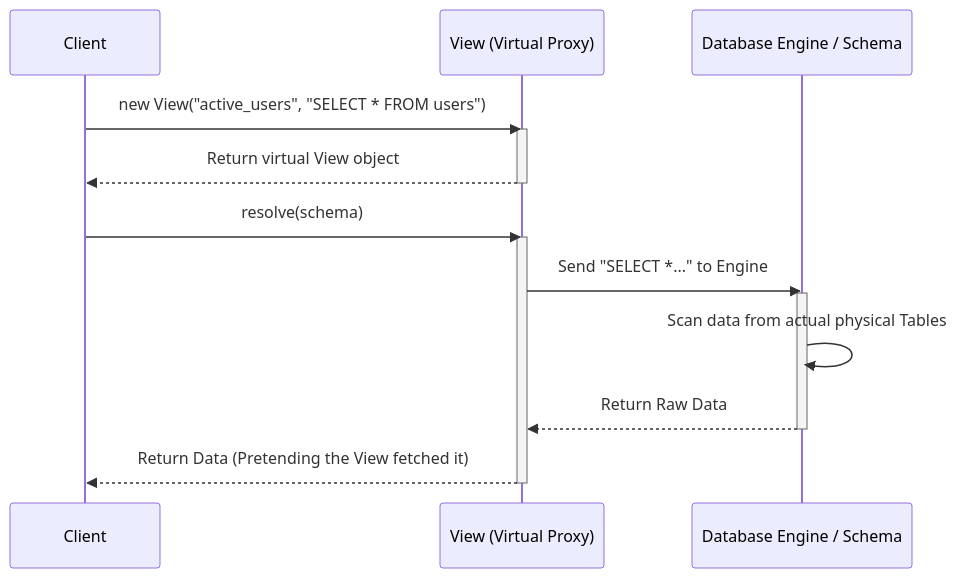
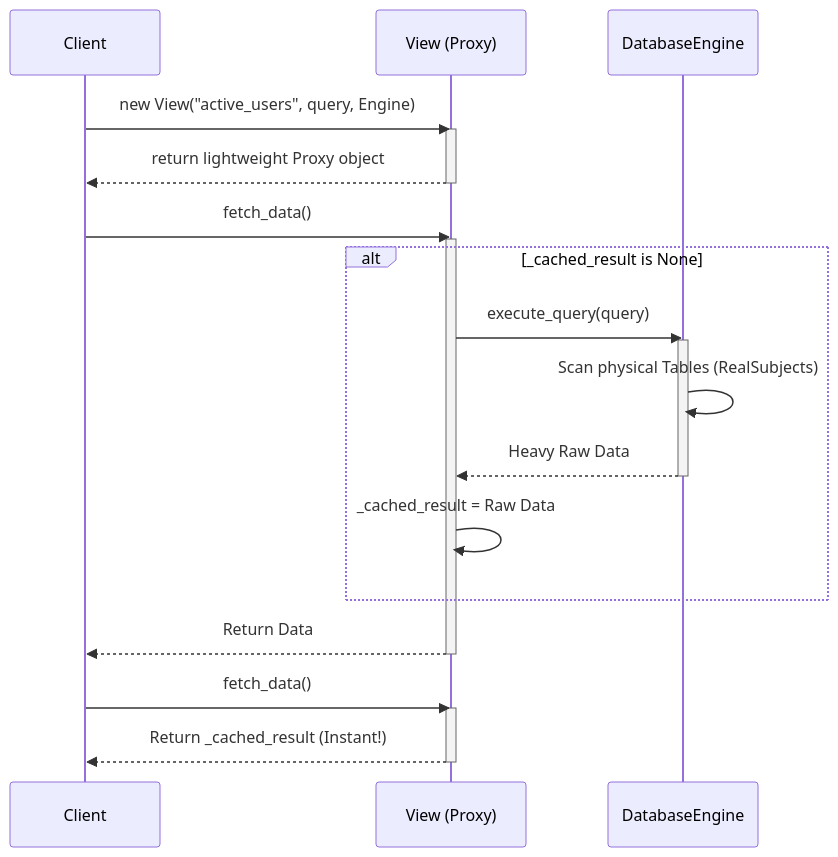
Diagram 24 of 30 in docs/readme.md (Ricky13170/bbv_DBMS), drawn with Mermaid before and after one commit. The commit also changed other lines of this file, not shown here.

````diff
--- a/docs/readme.md
+++ b/docs/readme.md
@@ -1147,24 +1299,32 @@
 ```mermaid
 sequenceDiagram
     participant Client
-    participant Vw as View (Virtual Proxy)
-    participant Engine as Database Engine / Schema
+    participant Vw as View (Proxy)
+    participant Engine as DatabaseEngine
     
-    %% Phase 1: Hollow initialization (Store Metadata only, no physical Table access)
-    Client->>Vw: new View("active_users", "SELECT * FROM users")
+    %% Phase 1: Hollow initialization
+    Client->>Vw: new View("active_users", query, Engine)
     activate Vw
-    Vw-->>Client: Return virtual View object 
+    Vw-->>Client: return lightweight Proxy object
     deactivate Vw
     
-    %% Phase 2: Trigger query (Proxy acts as Stand-in)
-    Client->>Vw: resolve(schema)
+    %% Phase 2: First Time Access (Heavy Evaluation)
+    Client->>Vw: fetch_data()
     activate Vw
-    Vw->>Engine: Send "SELECT *..." to Engine
-    activate Engine
-    Engine->>Engine: Scan data from actual physical Tables
-    Engine-->>Vw: Return Raw Data
-    deactivate Engine
-    
-    Vw-->>Client: Return Data (Pretending the View fetched it)
+    alt _cached_result is None
+        Vw->>Engine: execute_query(query)
+        activate Engine
+        Engine->>Engine: Scan physical Tables (RealSubjects)
+        Engine-->>Vw: Heavy Raw Data
+        deactivate Engine
+        Vw->>Vw: _cached_result = Raw Data
+    end
+    Vw-->>Client: Return Data
+    deactivate Vw
+
+    %% Phase 3: Immediate Subsequent Access
+    Client->>Vw: fetch_data()
+    activate Vw
+    Vw-->>Client: Return _cached_result (Instant!)
     deactivate Vw
 ```
````
